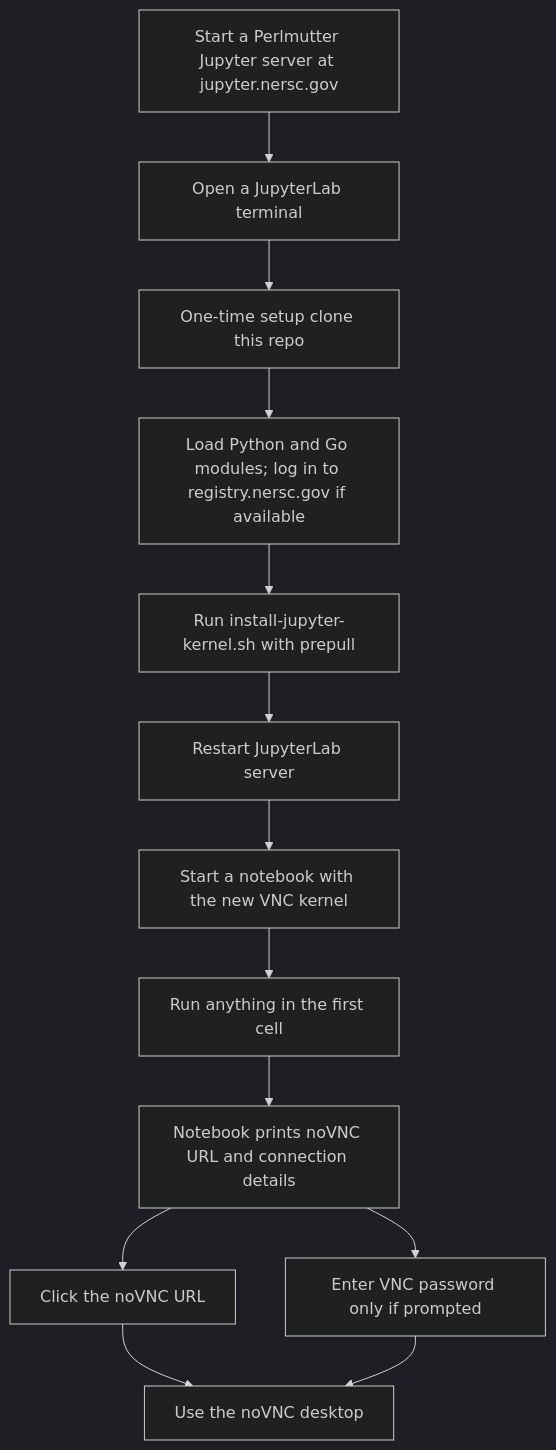
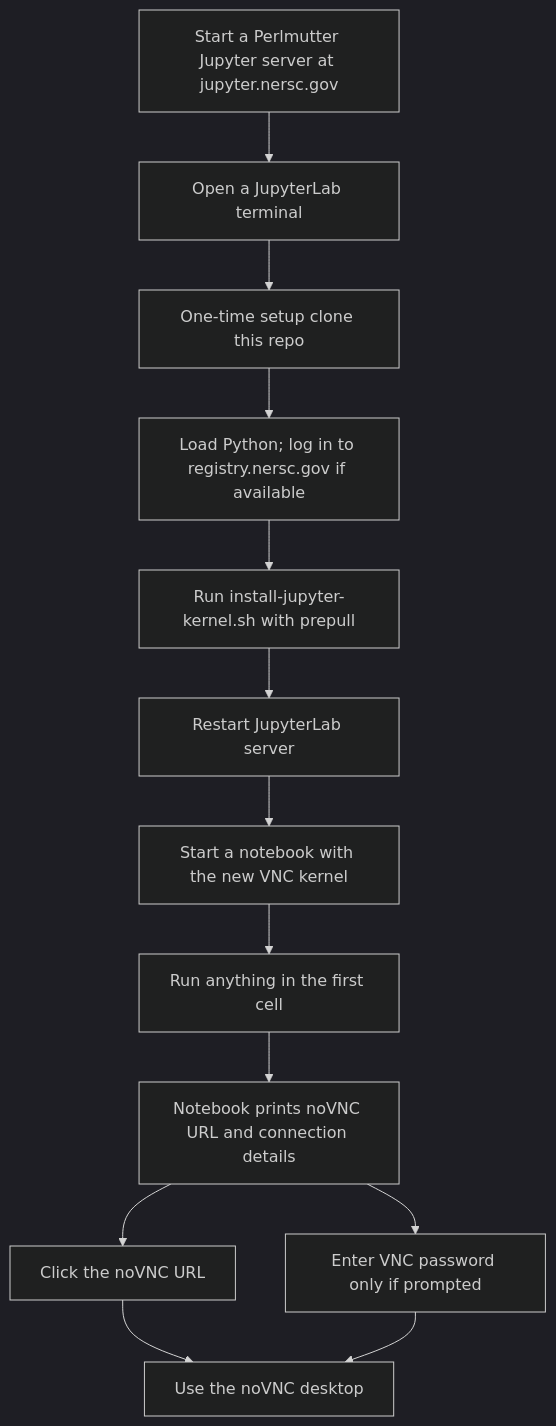
One commit to NERSC/perlmutter-desktop-containers changed the first of 4 diagrams in README.md. Above: the diagram before and after it, drawn with Mermaid (dark theme). The commit also changed other lines of this file and 3 other files, not shown here.

````diff
--- a/README.md
+++ b/README.md
@@ -129,27 +128,27 @@
 ```mermaid
 flowchart TD
     login[Start a Perlmutter Jupyter server at jupyter.nersc.gov]
     terminal[Open a JupyterLab terminal]
     clone[One-time setup clone this repo]
-    modules[Load Python and Go modules; log in to registry.nersc.gov if available]
+    modules[Load Python; log in to registry.nersc.gov if available]
     install[Run install-jupyter-kernel.sh with prepull]
     notebook[Start a notebook with the new VNC kernel]
     firstcell[Run anything in the first cell]
     output[Notebook prints noVNC URL and connection details]
     openurl[Click the noVNC URL]
     password[Enter VNC password only if prompted]
     desktop[Use the noVNC desktop]
 
     login --> terminal
     terminal --> clone
     clone --> modules
     modules --> install
     install --> restart[Restart JupyterLab server]
     restart --> notebook
     notebook --> firstcell
     firstcell --> output
     output --> openurl
     output --> password
     openurl --> desktop
     password --> desktop
 ```
````
